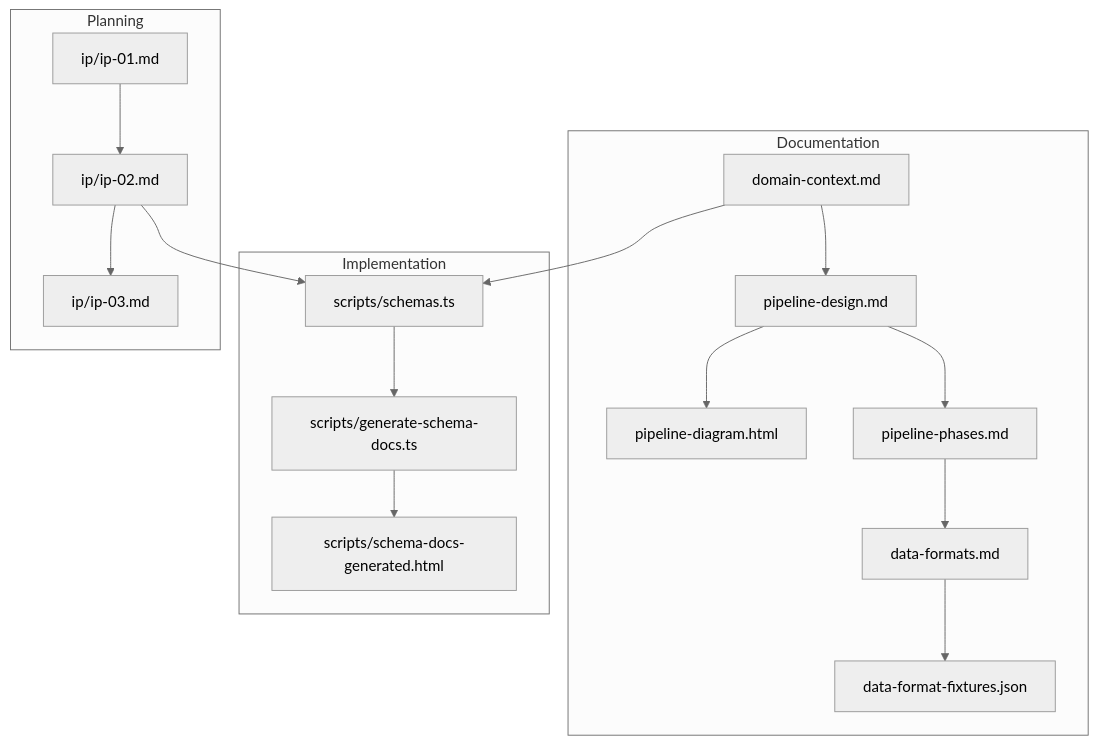
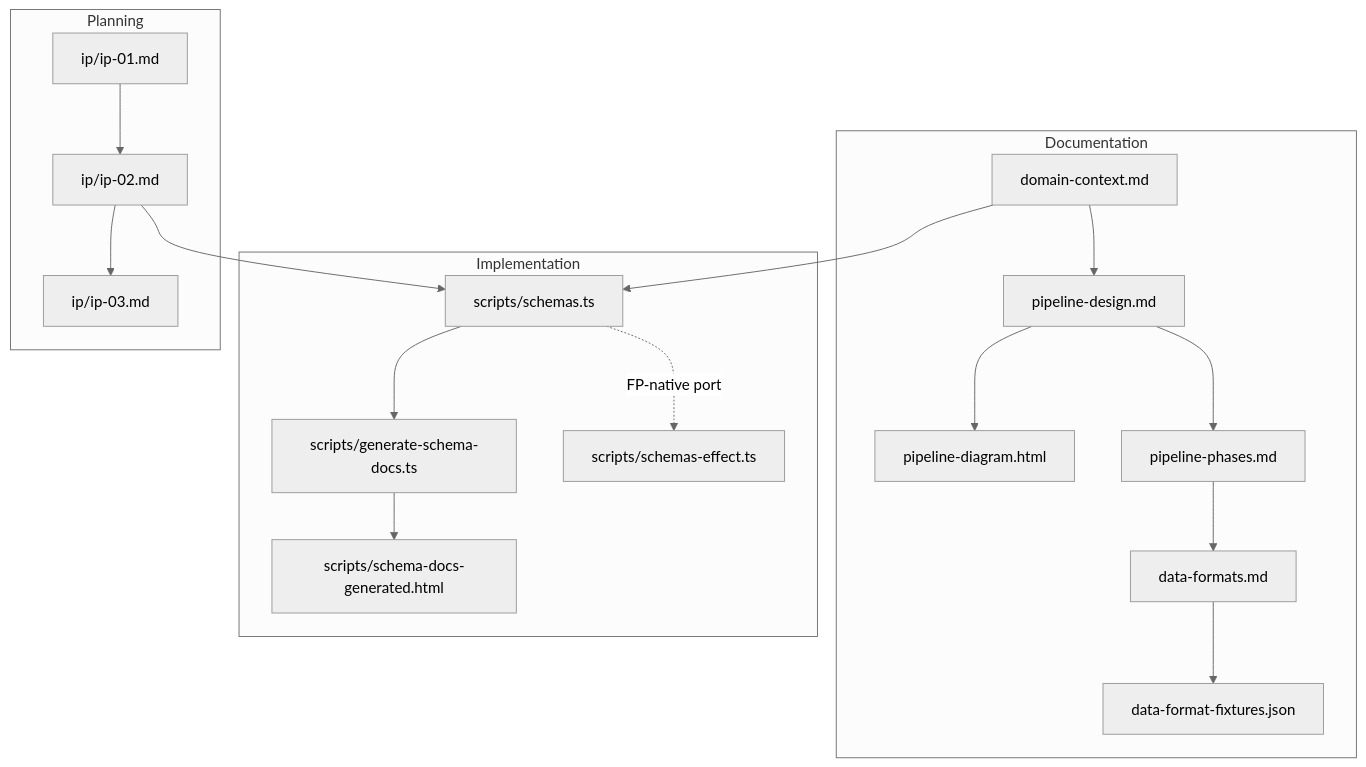
One commit to paideia-ai/tech-doc-axiia changed the diagram in score-post-llm-pipeline/index.md. Above: the diagram before and after it, drawn with Mermaid (neutral theme). The commit also changed other lines of this file and 2 other files, not shown here.

Commit message:
Adopt Effect Schema: FP-native port of JSONScores and CurvedScores
This marks the beginning of Effect Schema adoption for the pipeline.

New file: schemas-effect.ts — FP-native schemas using Effect v3 Schema:
- Branded types (ProblemId, ScoreValue, etc. are distinct at compile time)
- CurvedScores composes JSONScores via `source` (no field duplication)
- Grades use array-of-structs (like scores), not partial Records
- ProblemDimensionMap as standalone entity with dimension_map_id refs
- Bidirectional decode/encode support

The Zod schemas.ts is preserved as-is for backward compatibility.

````diff
--- a/score-post-llm-pipeline/index.md
+++ b/score-post-llm-pipeline/index.md
@@ -44,23 +44,25 @@
 ```mermaid
 graph TD
     subgraph "Documentation"
         DC[domain-context.md] --> PD[pipeline-design.md]
         PD --> DIAG[pipeline-diagram.html]
         PP[pipeline-phases.md] --> DF[data-formats.md]
         DF --> FIX[data-format-fixtures.json]
     end
 
     subgraph "Implementation"
         SCH[scripts/schemas.ts] --> GEN[scripts/generate-schema-docs.ts]
         GEN --> HTML[scripts/schema-docs-generated.html]
+        ESCH[scripts/schemas-effect.ts]
+        SCH -. "FP-native port" .-> ESCH
     end
 
     subgraph "Planning"
         IP1[ip/ip-01.md] --> IP2[ip/ip-02.md]
         IP2 --> IP3[ip/ip-03.md]
     end
 
     DC --> SCH
     IP2 --> SCH
     PD --> PP
 ```
````
